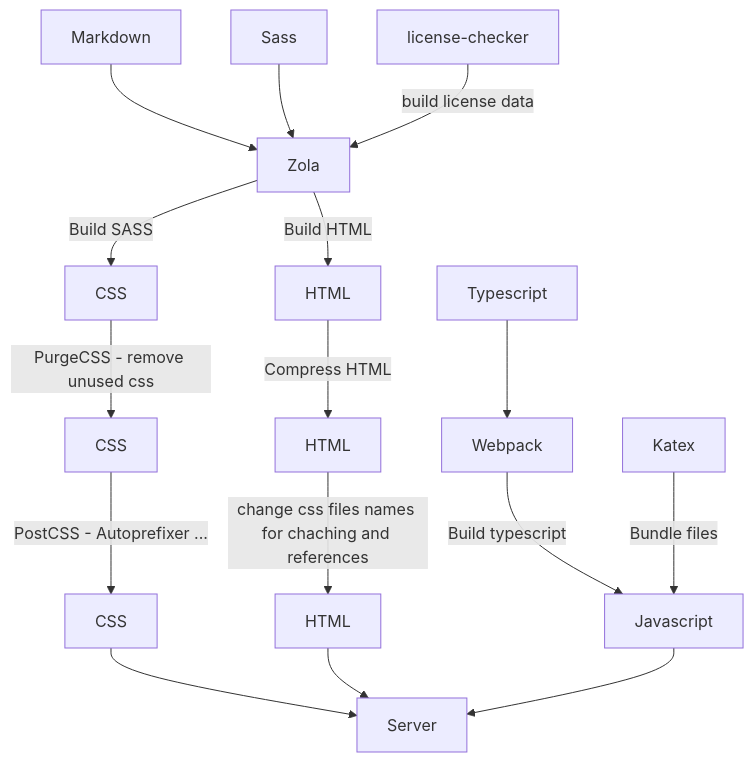
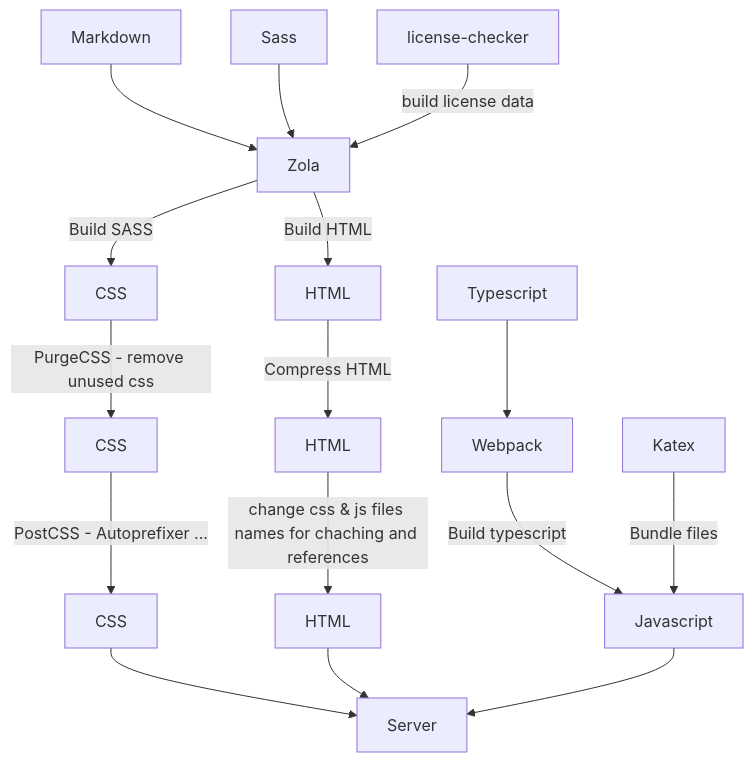
The diagram in README.md (Chaostheorie/coderdojo-website-mirror), drawn with Mermaid before and after one commit. The commit also changed 4 other files, not shown here.

````diff
--- a/README.md
+++ b/README.md
@@ -128,18 +128,18 @@
 ```mermaid
 graph TD
     M[Markdown] --> Z
     S[Sass] --> Z
     T[Typescript] --> W
     Z -->|Build SASS| C[CSS]
     Z[Zola] -->|Build HTML| H[HTML]
     L[license-checker] -->|build license data| Z
     W[Webpack] -->|Build typescript| J[Javascript]
     K[Katex] -->|Bundle files| J
     H -->|Compress HTML| H1[HTML]
     C -->|PurgeCSS - remove unused css| C1[CSS]
     C1 -->|PostCSS - Autoprefixer ...| C2[CSS]
-    H1 -->|change css files names for chaching and references| H2[HTML]
+    H1 -->|change css & js files names for chaching and references| H2[HTML]
     C2 --> SC[Server]
     H2 --> SC
     J --> SC
 ```
````
